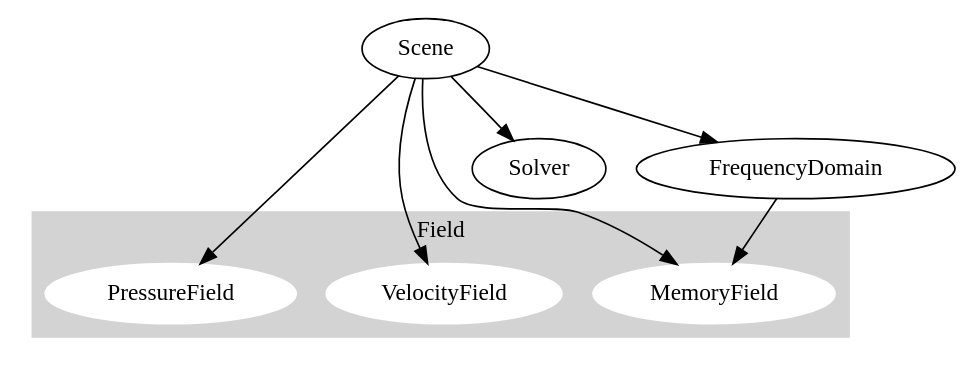
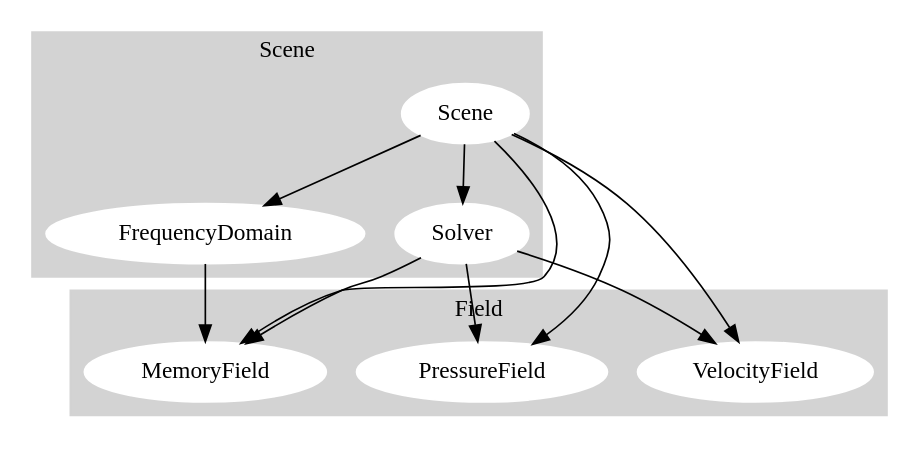
One commit to Teusner/Nautilus changed the diagram in docs/dependencies.dot. Above: the diagram before and after it, drawn with Graphviz.

Commit message:
Updating graph of dependencies

```diff
--- a/docs/dependencies.dot
+++ b/docs/dependencies.dot
@@ -1,20 +1,31 @@
 digraph G {
     subgraph cluster_0 {
+        style=filled;
+		color=lightgray;
+        node[style=filled,color=white];
+        Scene;
+        Solver;
+        FrequencyDomain;
+        label="Scene";
+    }
+
+    subgraph cluster_1 {
         style=filled;
 		color=lightgray;
         node[style=filled,color=white];
         PressureField; VelocityField; MemoryField;
         label="Field";
     }
 
-    Scene;
-    Solver;
-    FrequencyDomain;
-
     Scene -> Solver;
     Scene -> PressureField;
     Scene -> VelocityField;
     Scene -> MemoryField;
+
+    Solver -> PressureField;
+    Solver -> VelocityField;
+    Solver -> MemoryField;
+
     Scene -> FrequencyDomain;
     FrequencyDomain -> MemoryField;
 }
```
